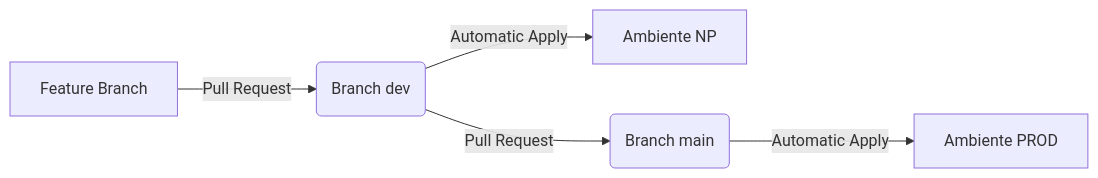
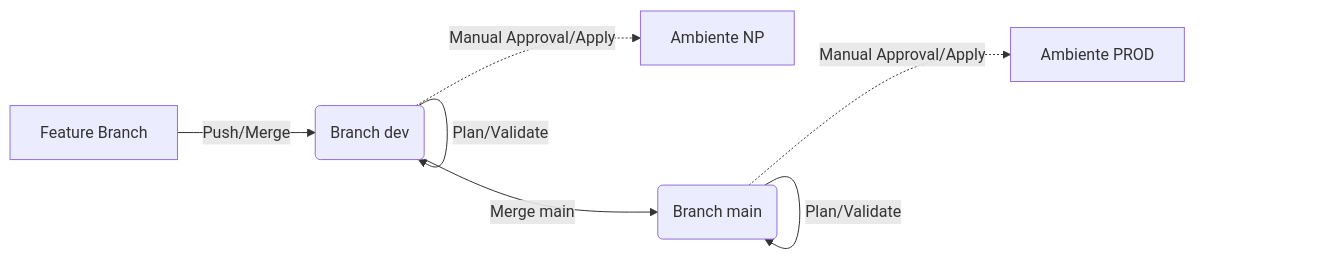
One commit to lucascosm3/terraform-foundation-for-teaching changed the diagram in README.md. Above: the diagram before and after it, drawn with Mermaid. The commit also changed other lines of this file and 2 other files, not shown here.

Commit message:
feat: configure GitHub environments to require manual approval for Terraform apply jobs and update documentation

````diff
--- a/README.md
+++ b/README.md
@@ -81,7 +81,9 @@
 ```mermaid
 graph LR
-    A[Feature Branch] -->|Pull Request| B(Branch dev)
-    B -->|Automatic Apply| C[Ambiente NP]
-    B -->|Pull Request| D(Branch main)
-    D -->|Automatic Apply| E[Ambiente PROD]
+    A[Feature Branch] -->|Push/Merge| B(Branch dev)
+    B -->|Plan/Validate| B
+    B -.->|Manual Approval/Apply| C[Ambiente NP]
+    B -->|Merge main| D(Branch main)
+    D -->|Plan/Validate| D
+    D -.->|Manual Approval/Apply| E[Ambiente PROD]
 ```
````
